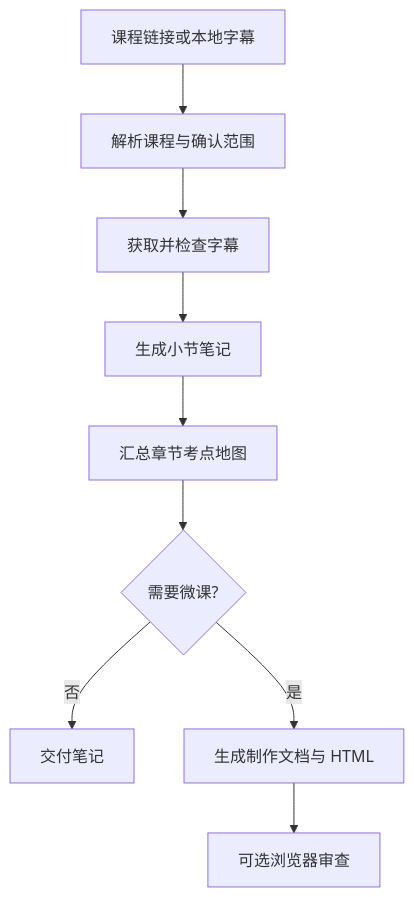
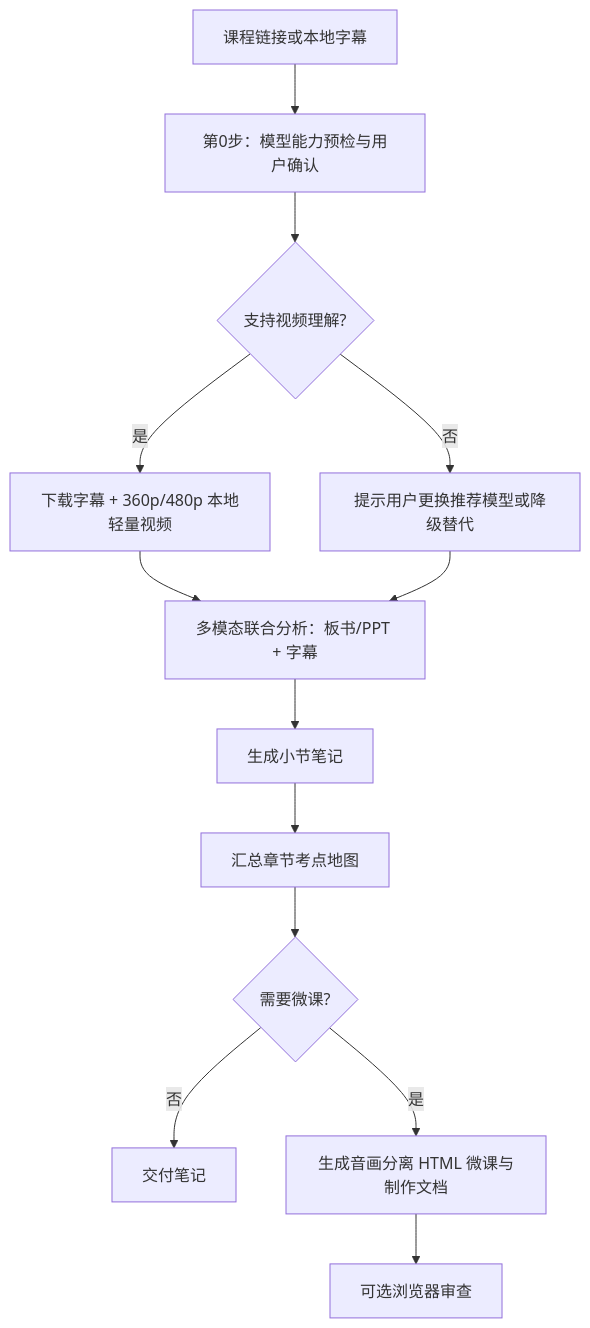
Before and after one commit to JiaMingWang-CN/course-notes: the diagram in README.md, drawn with Mermaid. The commit also changed other lines of this file and 3 other files, not shown here.

````diff
--- a/README.md
+++ b/README.md
@@ -65,11 +66,15 @@
 ```mermaid
 flowchart TD
-    A[课程链接或本地字幕] --> B[解析课程与确认范围]
-    B --> C[获取并检查字幕]
-    C --> D[生成小节笔记]
-    D --> E[汇总章节考点地图]
-    E --> F{需要微课?}
-    F -- 否 --> G[交付笔记]
-    F -- 是 --> H[生成制作文档与 HTML]
-    H --> I[可选浏览器审查]
+    A[课程链接或本地字幕] --> B[第0步：模型能力预检与用户确认]
+    B --> C{支持视频理解?}
+    C -- 是 --> D1[下载字幕 + 360p/480p 本地轻量视频]
+    C -- 否 --> D2[提示用户更换推荐模型或降级替代]
+    D1 --> E[多模态联合分析：板书/PPT + 字幕]
+    D2 --> E
+    E --> F[生成小节笔记]
+    F --> G[汇总章节考点地图]
+    G --> H{需要微课?}
+    H -- 否 --> I[交付笔记]
+    H -- 是 --> J[生成音画分离 HTML 微课与制作文档]
+    J --> K[可选浏览器审查]
 ```
````
